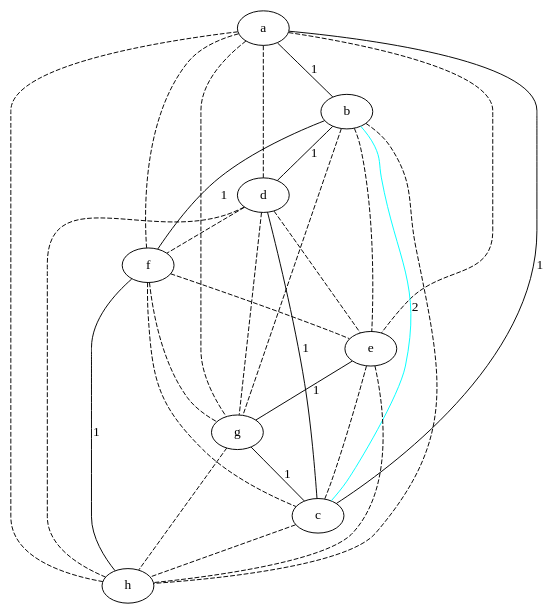
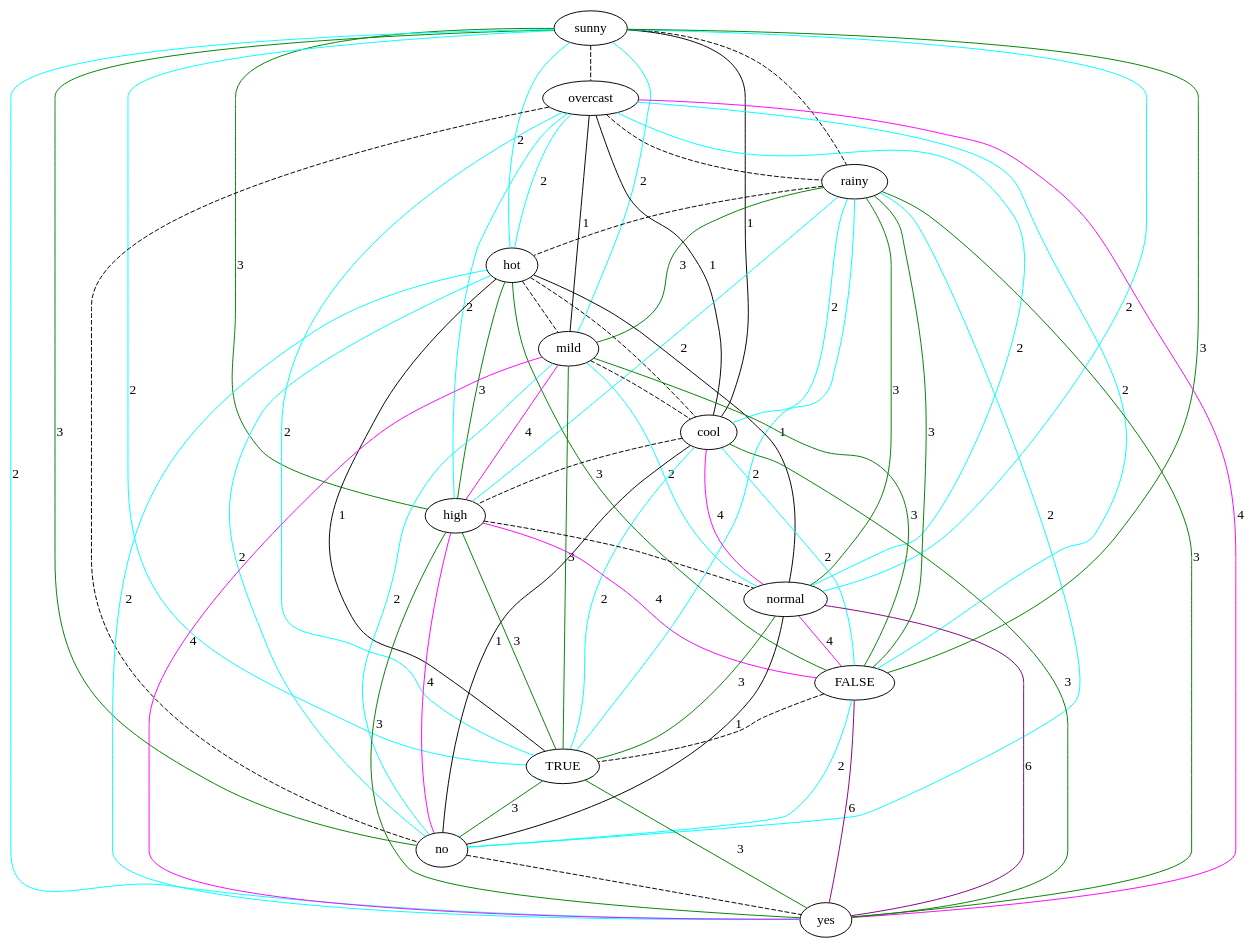
One commit to lrodrin/TFG changed the diagram in src/final/linearGraph.dot. Above: the diagram before and after it, drawn with Graphviz. The commit also changed 8 other files, not shown here.

```diff
--- a/src/final/linearGraph.dot
+++ b/src/final/linearGraph.dot
@@ -1,38 +1,80 @@
 strict graph "" {
-a;
-b;
-d;
-f;
-e;
-g;
-c;
-h;
-a -- b  [color=black, label=1, style=solid];
-a -- d  [color=black, style=dashed];
-a -- f  [color=black, style=dashed];
-a -- e  [color=black, style=dashed];
-a -- g  [color=black, style=dashed];
-a -- c  [color=black, label=1, style=solid];
-a -- h  [color=black, style=dashed];
-b -- d  [color=black, label=1, style=solid];
-b -- f  [color=black, label=1, style=solid];
-b -- e  [color=black, style=dashed];
-b -- g  [color=black, style=dashed];
-b -- c  [color=cyan, label=2, style=solid];
-b -- h  [color=black, style=dashed];
-d -- f  [color=black, style=dashed];
-d -- e  [color=black, style=dashed];
-d -- g  [color=black, style=dashed];
-d -- c  [color=black, label=1, style=solid];
-d -- h  [color=black, style=dashed];
-f -- e  [color=black, style=dashed];
-f -- g  [color=black, style=dashed];
-f -- c  [color=black, style=dashed];
-f -- h  [color=black, label=1, style=solid];
-e -- g  [color=black, label=1, style=solid];
-e -- c  [color=black, style=dashed];
-e -- h  [color=black, style=dashed];
-g -- c  [color=black, label=1, style=solid];
-g -- h  [color=black, style=dashed];
-c -- h  [color=black, style=dashed];
+sunny;
+overcast;
+rainy;
+hot;
+mild;
+cool;
+high;
+normal;
+FALSE;
+TRUE;
+no;
+yes;
+sunny -- overcast  [color=black, style=dashed];
+sunny -- rainy  [color=black, style=dashed];
+sunny -- hot  [color=cyan, label=2, style=solid];
+sunny -- mild  [color=cyan, label=2, style=solid];
+sunny -- cool  [color=black, label=1, style=solid];
+sunny -- high  [color=green, label=3, style=solid];
+sunny -- normal  [color=cyan, label=2, style=solid];
+sunny -- FALSE  [color=green, label=3, style=solid];
+sunny -- TRUE  [color=cyan, label=2, style=solid];
+sunny -- no  [color=green, label=3, style=solid];
+sunny -- yes  [color=cyan, label=2, style=solid];
+overcast -- rainy  [color=black, style=dashed];
+overcast -- hot  [color=cyan, label=2, style=solid];
+overcast -- mild  [color=black, label=1, style=solid];
+overcast -- cool  [color=black, label=1, style=solid];
+overcast -- high  [color=cyan, label=2, style=solid];
+overcast -- normal  [color=cyan, label=2, style=solid];
+overcast -- FALSE  [color=cyan, label=2, style=solid];
+overcast -- TRUE  [color=cyan, label=2, style=solid];
+overcast -- no  [color=black, style=dashed];
+overcast -- yes  [color=magenta, label=4, style=solid];
+rainy -- hot  [color=black, style=dashed];
+rainy -- mild  [color=green, label=3, style=solid];
+rainy -- cool  [color=cyan, label=2, style=solid];
+rainy -- high  [color=cyan, label=2, style=solid];
+rainy -- normal  [color=green, label=3, style=solid];
+rainy -- FALSE  [color=green, label=3, style=solid];
+rainy -- TRUE  [color=cyan, label=2, style=solid];
+rainy -- no  [color=cyan, label=2, style=solid];
+rainy -- yes  [color=green, label=3, style=solid];
+hot -- mild  [color=black, style=dashed];
+hot -- cool  [color=black, style=dashed];
+hot -- high  [color=green, label=3, style=solid];
+hot -- normal  [color=black, label=1, style=solid];
+hot -- FALSE  [color=green, label=3, style=solid];
+hot -- TRUE  [color=black, label=1, style=solid];
+hot -- no  [color=cyan, label=2, style=solid];
+hot -- yes  [color=cyan, label=2, style=solid];
+mild -- cool  [color=black, style=dashed];
+mild -- high  [color=magenta, label=4, style=solid];
+mild -- normal  [color=cyan, label=2, style=solid];
+mild -- FALSE  [color=green, label=3, style=solid];
+mild -- TRUE  [color=green, label=3, style=solid];
+mild -- no  [color=cyan, label=2, style=solid];
+mild -- yes  [color=magenta, label=4, style=solid];
+cool -- high  [color=black, style=dashed];
+cool -- normal  [color=magenta, label=4, style=solid];
+cool -- FALSE  [color=cyan, label=2, style=solid];
+cool -- TRUE  [color=cyan, label=2, style=solid];
+cool -- no  [color=black, label=1, style=solid];
+cool -- yes  [color=green, label=3, style=solid];
+high -- normal  [color=black, style=dashed];
+high -- FALSE  [color=magenta, label=4, style=solid];
+high -- TRUE  [color=green, label=3, style=solid];
+high -- no  [color=magenta, label=4, style=solid];
+high -- yes  [color=green, label=3, style=solid];
+normal -- FALSE  [color=magenta, label=4, style=solid];
+normal -- TRUE  [color=green, label=3, style=solid];
+normal -- no  [color=black, label=1, style=solid];
+normal -- yes  [color=purple, label=6, style=solid];
+FALSE -- TRUE  [color=black, style=dashed];
+FALSE -- no  [color=cyan, label=2, style=solid];
+FALSE -- yes  [color=purple, label=6, style=solid];
+TRUE -- no  [color=green, label=3, style=solid];
+TRUE -- yes  [color=green, label=3, style=solid];
+no -- yes  [color=black, style=dashed];
 }
```
